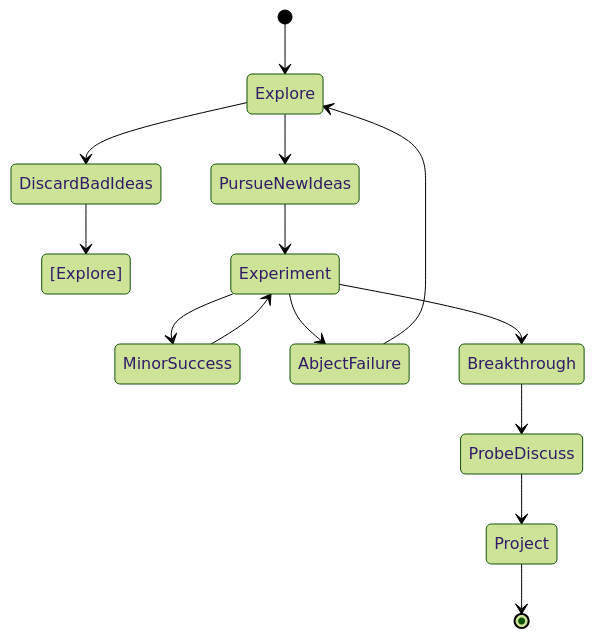
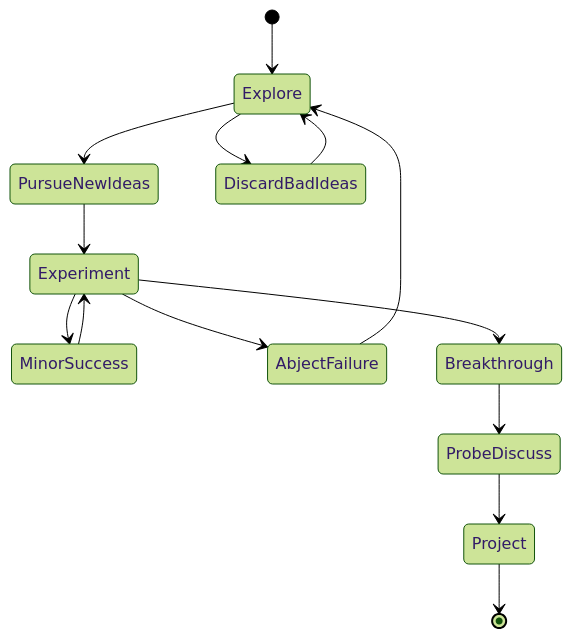
Before and after one commit to feloundou/personal-page: the first of 2 diagrams in content/post/my-first-post.md, drawn with Mermaid (forest theme).

````diff
--- a/content/post/my-first-post.md
+++ b/content/post/my-first-post.md
@@ -12,18 +12,18 @@
 ```mermaid
 stateDiagram
 [*] --> Explore
 Explore --> PursueNewIdeas
 Explore --> DiscardBadIdeas
-DiscardBadIdeas --> [Explore]
+DiscardBadIdeas --> Explore
 PursueNewIdeas --> Experiment
 Experiment --> MinorSuccess
 Experiment --> AbjectFailure
 Experiment --> Breakthrough
 AbjectFailure --> Explore
 MinorSuccess --> Experiment
 Breakthrough --> ProbeDiscuss
 ProbeDiscuss --> Project
 Project --> [*]
 
 
 ```
````
